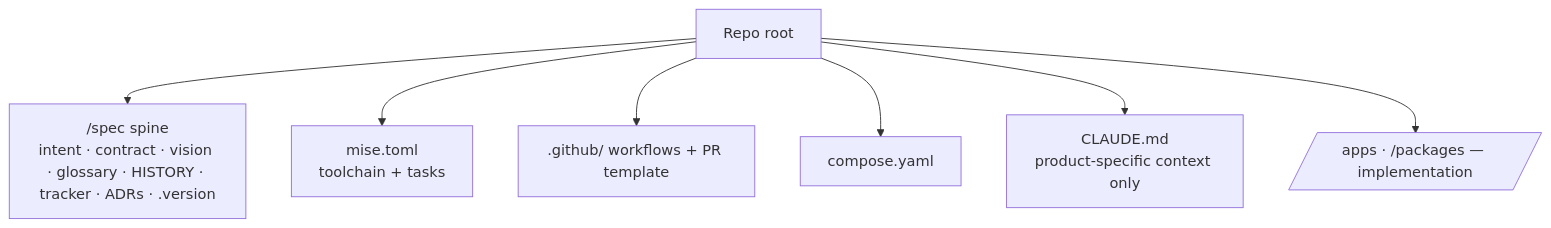
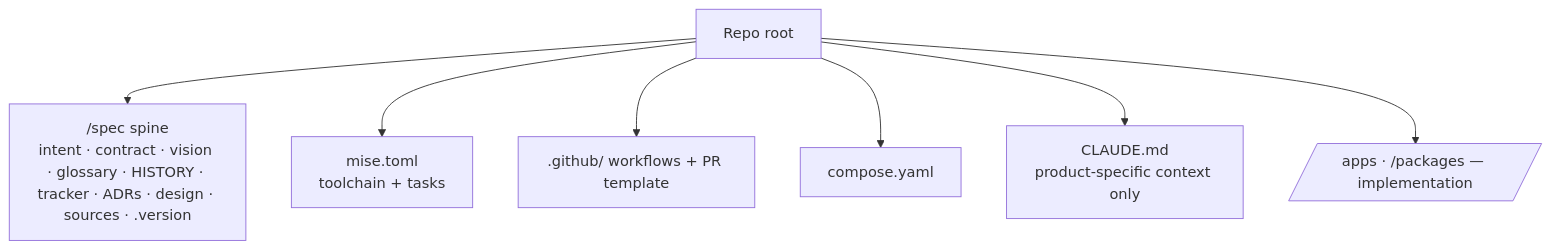
Before and after one commit to element22llc/e22-plugins: the diagram in docs/reference/repository-contract.md, drawn with Mermaid. The commit also changed 10 other files, not shown here.

````diff
--- a/docs/reference/repository-contract.md
+++ b/docs/reference/repository-contract.md
@@ -10,9 +10,9 @@
 ```mermaid
 flowchart TD
-    ROOT[Repo root] --> SPEC["/spec spine<br/>intent · contract · vision · glossary · HISTORY · tracker · ADRs · .version"]
+    ROOT[Repo root] --> SPEC["/spec spine<br/>intent · contract · vision · glossary · HISTORY · tracker · ADRs · design · sources · .version"]
     ROOT --> MISE[mise.toml<br/>toolchain + tasks]
     ROOT --> CI[.github/ workflows + PR template]
     ROOT --> COMPOSE[compose.yaml]
     ROOT --> CLAUDE[CLAUDE.md<br/>product-specific context only]
     ROOT --> CODE[/apps · /packages — implementation/]
 ```
````
